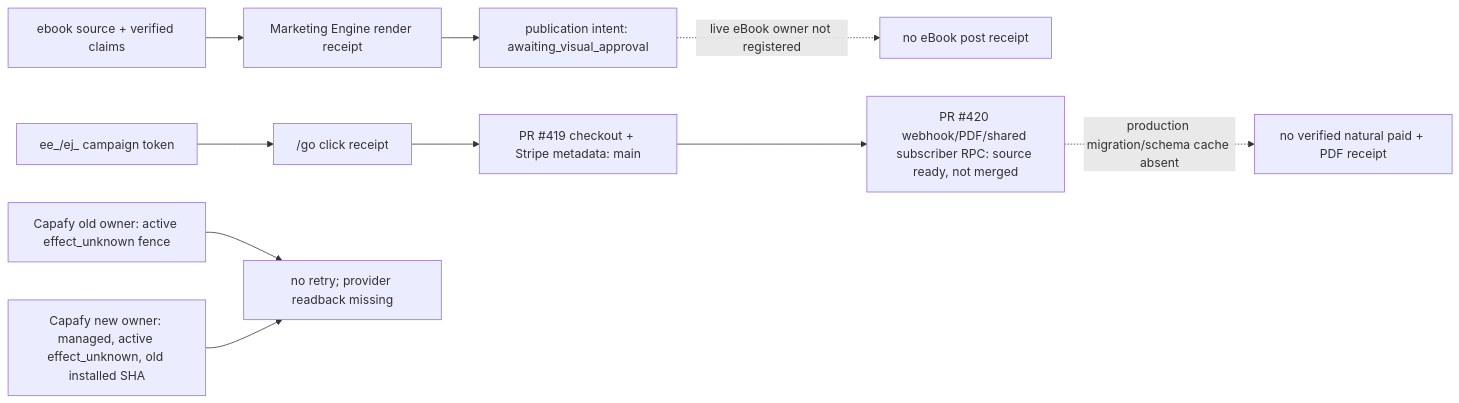
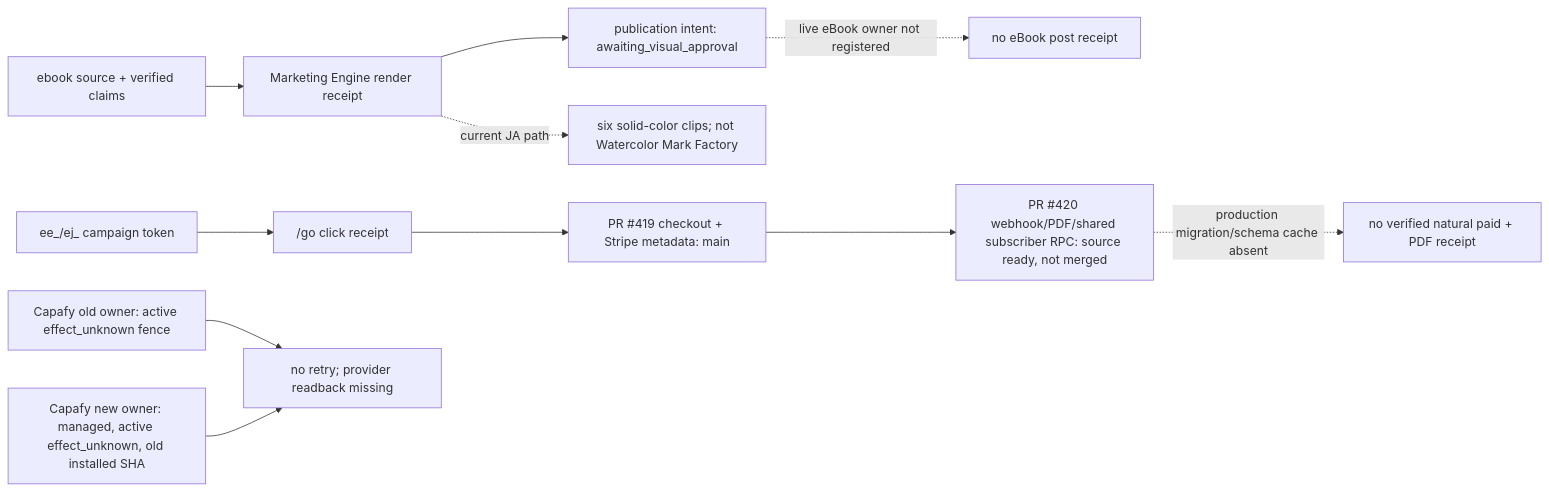
The first of 3 diagrams in docs/superpowers/specs/2026-10-05-ebook-revenue-loop-design.md (Daisuke134/life-manager), drawn with Mermaid before and after one commit. The commit also changed other lines of this file and 32 other files, not shown here.

```diff
--- a/docs/superpowers/specs/2026-10-05-ebook-revenue-loop-design.md
+++ b/docs/superpowers/specs/2026-10-05-ebook-revenue-loop-design.md
@@ -51,12 +73,13 @@
 ~~~mermaid
 flowchart LR
   CONTENT["ebook source + verified claims"] --> ENGINE["Marketing Engine render receipt"]
   ENGINE --> INTENT["publication intent: awaiting_visual_approval"]
   INTENT -. "live eBook owner not registered" .-> STOP["no eBook post receipt"]
+  ENGINE -. "current JA path" .-> PLACEHOLDER["six solid-color clips; not Watercolor Mark Factory"]
   TOKEN["ee_/ej_ campaign token"] --> GO["/go click receipt"]
   GO --> CHECKOUT["PR #419 checkout + Stripe metadata: main"]
   CHECKOUT --> WH["PR #420 webhook/PDF/shared subscriber RPC: source ready, not merged"]
   WH -. "production migration/schema cache absent" .-> NOORDER["no verified natural paid + PDF receipt"]
   OLD["Capafy old owner: active effect_unknown fence"] --> HOLD["no retry; provider readback missing"]
   NEW["Capafy new owner: managed, active effect_unknown, old installed SHA"] --> HOLD
 ~~~
```
